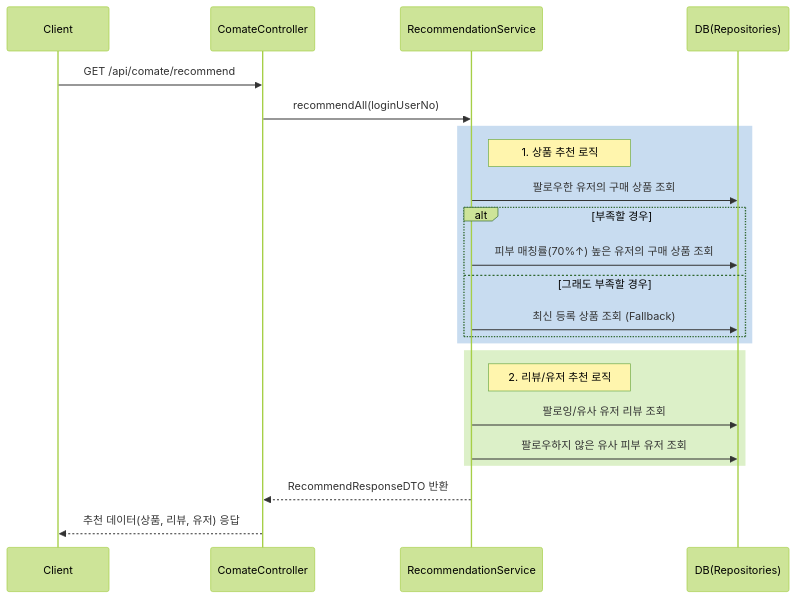
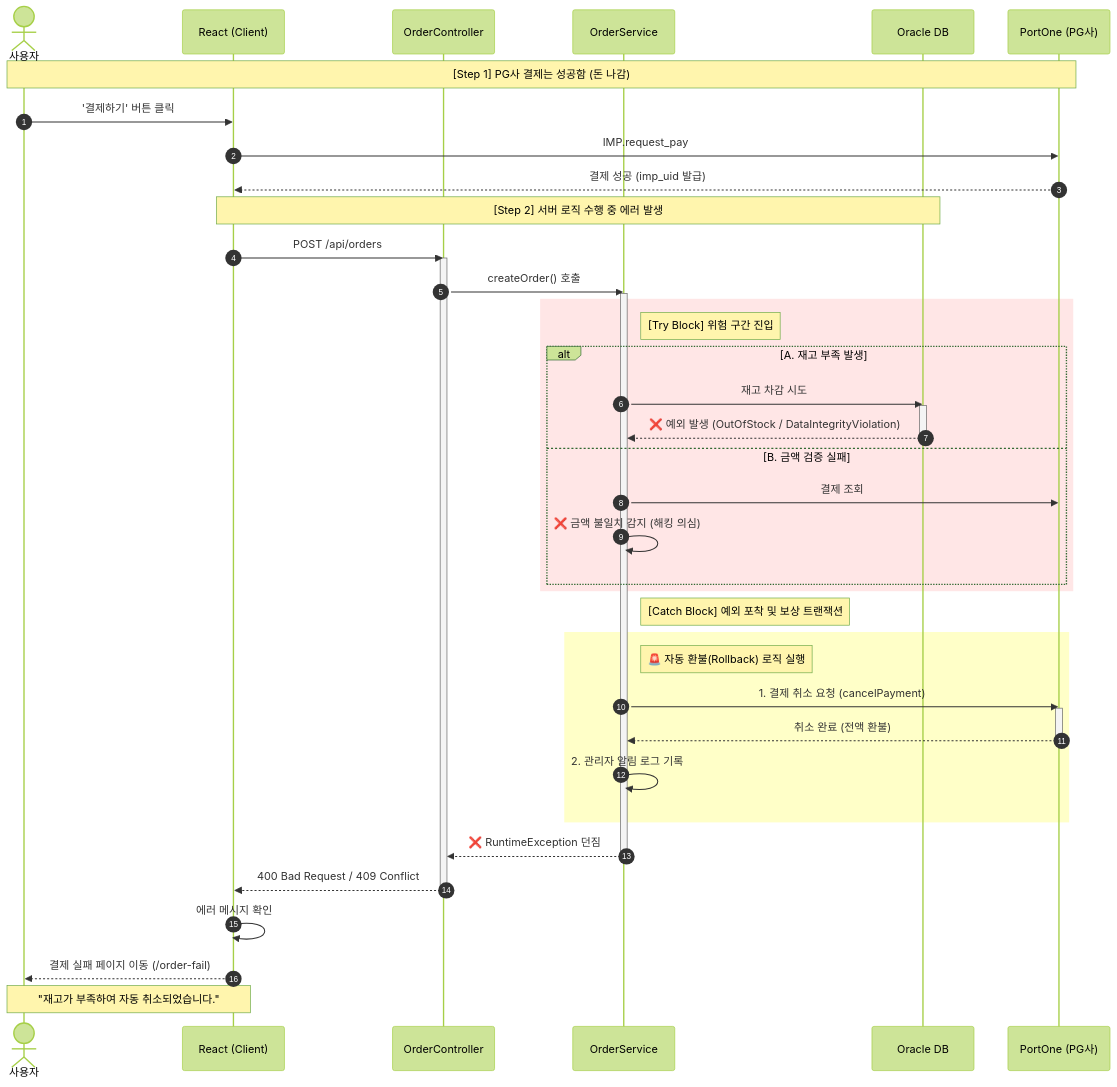
The third of 5 diagrams in README.md (chewbitdev/Shoppingmall-coco), drawn with Mermaid (forest theme) before and after one commit. The commit also changed other lines of this file, not shown here.

````diff
--- a/README.md
+++ b/README.md
@@ -254,29 +330,57 @@
 ```mermaid
 sequenceDiagram
-    participant User as Client
-    participant Controller as ComateController
-    participant Service as RecommendationService
-    participant Repo as DB(Repositories)
+    autonumber
+    actor User as 사용자
+    participant FE as React (Client)
+    participant CTL as OrderController
+    participant SVC as OrderService
+    participant DB as Oracle DB
+    participant PG as PortOne (PG사)
 
-    User->>Controller: GET /api/comate/recommend
-    Controller->>Service: recommendAll(loginUserNo)
+    Note over User, PG: [Step 1] PG사 결제는 성공함 (돈 나감)
+    User->>FE: '결제하기' 버튼 클릭
+    FE->>PG: IMP.request_pay
+    PG-->>FE: 결제 성공 (imp_uid 발급)
+
+    Note over FE, DB: [Step 2] 서버 로직 수행 중 에러 발생
+    FE->>CTL: POST /api/orders
+    activate CTL
+    CTL->>SVC: createOrder() 호출
+    activate SVC
     
-    rect rgb(200, 220, 240)
-        note right of Service: 1. 상품 추천 로직
-        Service->>Repo: 팔로우한 유저의 구매 상품 조회
-        alt 부족할 경우
-            Service->>Repo: 피부 매칭률(70%↑) 높은 유저의 구매 상품 조회
-        else 그래도 부족할 경우
-            Service->>Repo: 최신 등록 상품 조회 (Fallback)
+    rect rgb(255, 230, 230)
+        Note right of SVC: [Try Block] 위험 구간 진입
+        
+        alt A. 재고 부족 발생
+            SVC->>DB: 재고 차감 시도
+            activate DB
+            DB-->>SVC: ❌ 예외 발생 (OutOfStock / DataIntegrityViolation)
+            deactivate DB
+        else B. 금액 검증 실패
+            SVC->>PG: 결제 조회
+            SVC->>SVC: ❌ 금액 불일치 감지 (해킹 의심)
         end
     end
-
-    rect rgb(220, 240, 200)
-        note right of Service: 2. 리뷰/유저 추천 로직
-        Service->>Repo: 팔로잉/유사 유저 리뷰 조회
-        Service->>Repo: 팔로우하지 않은 유사 피부 유저 조회
+    
+    Note right of SVC: [Catch Block] 예외 포착 및 보상 트랜잭션
+    
+    rect rgb(255, 255, 200)
+        Note right of SVC: 🚨 자동 환불(Rollback) 로직 실행
+        SVC->>PG: 1. 결제 취소 요청 (cancelPayment)
+        activate PG
+        PG-->>SVC: 취소 완료 (전액 환불)
+        deactivate PG
+        
+        SVC->>SVC: 2. 관리자 알림 로그 기록
     end
 
-    Service-->>Controller: RecommendResponseDTO 반환
-    Controller-->>User: 추천 데이터(상품, 리뷰, 유저) 응답
+    SVC-->>CTL: ❌ RuntimeException 던짐
+    deactivate SVC
+    
+    CTL-->>FE: 400 Bad Request / 409 Conflict
+    deactivate CTL
+    
+    FE->>FE: 에러 메시지 확인
+    FE-->>User: 결제 실패 페이지 이동 (/order-fail)
+    Note over FE, User: "재고가 부족하여 자동 취소되었습니다."
 ```
````
